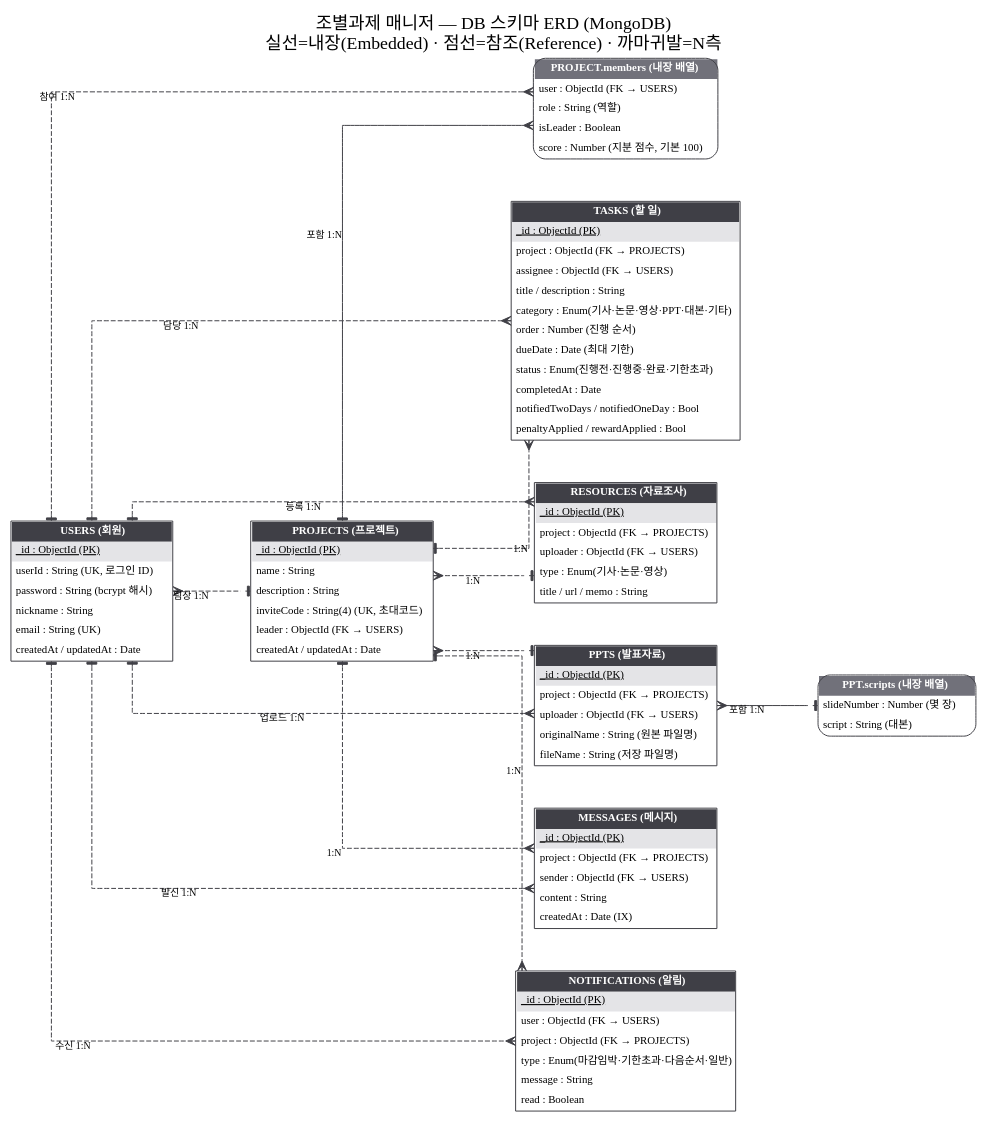
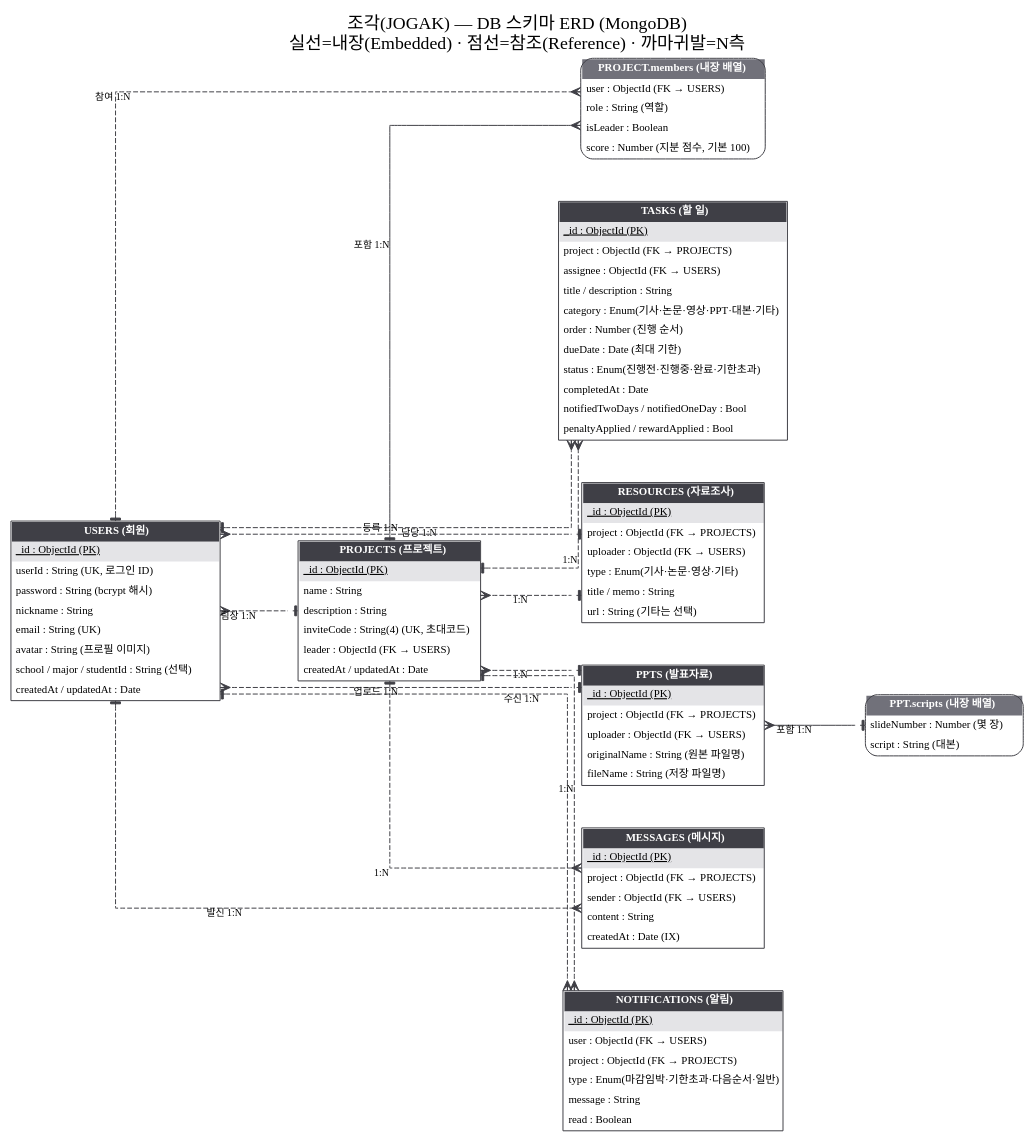
One commit to JOOKITEZ/DB_Project changed the diagram in docs/erd.dot. Above: the diagram before and after it, drawn with Graphviz. The commit also changed 13 other files, not shown here.

```diff
--- a/docs/erd.dot
+++ b/docs/erd.dot
@@ -1,122 +1,125 @@
 // 조별과제 매니저 — ERD (ERwin IE 표기법 스타일)
 // 실선 = 내장(embedded, 식별 관계) / 점선 = 참조(reference, 비식별 관계)
 digraph ERD {
   graph [rankdir=LR, splines=ortho, nodesep=0.6, ranksep=1.1, fontname="NanumGothic", bgcolor=white,
-         label="조별과제 매니저 — DB 스키마 ERD (MongoDB)\n실선=내장(Embedded) · 점선=참조(Reference) · 까마귀발=N측", labelloc=t, fontsize=18];
+         label="조각(JOGAK) — DB 스키마 ERD (MongoDB)\n실선=내장(Embedded) · 점선=참조(Reference) · 까마귀발=N측", labelloc=t, fontsize=18];
   node  [shape=plain, fontname="NanumGothic", fontsize=11];
   edge  [fontname="NanumGothic", fontsize=10, color="#3f3f46"];
 
   USERS [label=<
     <TABLE BORDER="1" CELLBORDER="0" CELLSPACING="0" CELLPADDING="4" COLOR="#3f3f46">
       <TR><TD BGCOLOR="#3f3f46" ALIGN="CENTER"><FONT COLOR="white"><B>USERS (회원)</B></FONT></TD></TR>
       <TR><TD BGCOLOR="#e4e4e7" ALIGN="LEFT"><U>_id : ObjectId (PK)</U></TD></TR>
       <TR><TD ALIGN="LEFT">userId : String (UK, 로그인 ID)</TD></TR>
       <TR><TD ALIGN="LEFT">password : String (bcrypt 해시)</TD></TR>
       <TR><TD ALIGN="LEFT">nickname : String</TD></TR>
       <TR><TD ALIGN="LEFT">email : String (UK)</TD></TR>
+      <TR><TD ALIGN="LEFT">avatar : String (프로필 이미지)</TD></TR>
+      <TR><TD ALIGN="LEFT">school / major / studentId : String (선택)</TD></TR>
       <TR><TD ALIGN="LEFT">createdAt / updatedAt : Date</TD></TR>
     </TABLE>>];
 
   PROJECTS [label=<
     <TABLE BORDER="1" CELLBORDER="0" CELLSPACING="0" CELLPADDING="4" COLOR="#3f3f46">
       <TR><TD BGCOLOR="#3f3f46" ALIGN="CENTER"><FONT COLOR="white"><B>PROJECTS (프로젝트)</B></FONT></TD></TR>
       <TR><TD BGCOLOR="#e4e4e7" ALIGN="LEFT"><U>_id : ObjectId (PK)</U></TD></TR>
       <TR><TD ALIGN="LEFT">name : String</TD></TR>
       <TR><TD ALIGN="LEFT">description : String</TD></TR>
       <TR><TD ALIGN="LEFT">inviteCode : String(4) (UK, 초대코드)</TD></TR>
       <TR><TD ALIGN="LEFT">leader : ObjectId (FK → USERS)</TD></TR>
       <TR><TD ALIGN="LEFT">createdAt / updatedAt : Date</TD></TR>
     </TABLE>>];
 
   MEMBERS [label=<
     <TABLE BORDER="1" CELLBORDER="0" CELLSPACING="0" CELLPADDING="4" COLOR="#3f3f46" STYLE="ROUNDED">
       <TR><TD BGCOLOR="#71717a" ALIGN="CENTER"><FONT COLOR="white"><B>PROJECT.members (내장 배열)</B></FONT></TD></TR>
       <TR><TD ALIGN="LEFT">user : ObjectId (FK → USERS)</TD></TR>
       <TR><TD ALIGN="LEFT">role : String (역할)</TD></TR>
       <TR><TD ALIGN="LEFT">isLeader : Boolean</TD></TR>
       <TR><TD ALIGN="LEFT">score : Number (지분 점수, 기본 100)</TD></TR>
     </TABLE>>];
 
   TASKS [label=<
     <TABLE BORDER="1" CELLBORDER="0" CELLSPACING="0" CELLPADDING="4" COLOR="#3f3f46">
       <TR><TD BGCOLOR="#3f3f46" ALIGN="CENTER"><FONT COLOR="white"><B>TASKS (할 일)</B></FONT></TD></TR>
       <TR><TD BGCOLOR="#e4e4e7" ALIGN="LEFT"><U>_id : ObjectId (PK)</U></TD></TR>
       <TR><TD ALIGN="LEFT">project : ObjectId (FK → PROJECTS)</TD></TR>
       <TR><TD ALIGN="LEFT">assignee : ObjectId (FK → USERS)</TD></TR>
       <TR><TD ALIGN="LEFT">title / description : String</TD></TR>
       <TR><TD ALIGN="LEFT">category : Enum(기사·논문·영상·PPT·대본·기타)</TD></TR>
       <TR><TD ALIGN="LEFT">order : Number (진행 순서)</TD></TR>
       <TR><TD ALIGN="LEFT">dueDate : Date (최대 기한)</TD></TR>
       <TR><TD ALIGN="LEFT">status : Enum(진행전·진행중·완료·기한초과)</TD></TR>
       <TR><TD ALIGN="LEFT">completedAt : Date</TD></TR>
       <TR><TD ALIGN="LEFT">notifiedTwoDays / notifiedOneDay : Bool</TD></TR>
       <TR><TD ALIGN="LEFT">penaltyApplied / rewardApplied : Bool</TD></TR>
     </TABLE>>];
 
   RESOURCES [label=<
     <TABLE BORDER="1" CELLBORDER="0" CELLSPACING="0" CELLPADDING="4" COLOR="#3f3f46">
       <TR><TD BGCOLOR="#3f3f46" ALIGN="CENTER"><FONT COLOR="white"><B>RESOURCES (자료조사)</B></FONT></TD></TR>
       <TR><TD BGCOLOR="#e4e4e7" ALIGN="LEFT"><U>_id : ObjectId (PK)</U></TD></TR>
       <TR><TD ALIGN="LEFT">project : ObjectId (FK → PROJECTS)</TD></TR>
       <TR><TD ALIGN="LEFT">uploader : ObjectId (FK → USERS)</TD></TR>
-      <TR><TD ALIGN="LEFT">type : Enum(기사·논문·영상)</TD></TR>
-      <TR><TD ALIGN="LEFT">title / url / memo : String</TD></TR>
+      <TR><TD ALIGN="LEFT">type : Enum(기사·논문·영상·기타)</TD></TR>
+      <TR><TD ALIGN="LEFT">title / memo : String</TD></TR>
+      <TR><TD ALIGN="LEFT">url : String (기타는 선택)</TD></TR>
     </TABLE>>];
 
   PPTS [label=<
     <TABLE BORDER="1" CELLBORDER="0" CELLSPACING="0" CELLPADDING="4" COLOR="#3f3f46">
       <TR><TD BGCOLOR="#3f3f46" ALIGN="CENTER"><FONT COLOR="white"><B>PPTS (발표자료)</B></FONT></TD></TR>
       <TR><TD BGCOLOR="#e4e4e7" ALIGN="LEFT"><U>_id : ObjectId (PK)</U></TD></TR>
       <TR><TD ALIGN="LEFT">project : ObjectId (FK → PROJECTS)</TD></TR>
       <TR><TD ALIGN="LEFT">uploader : ObjectId (FK → USERS)</TD></TR>
       <TR><TD ALIGN="LEFT">originalName : String (원본 파일명)</TD></TR>
       <TR><TD ALIGN="LEFT">fileName : String (저장 파일명)</TD></TR>
     </TABLE>>];
 
   SCRIPTS [label=<
     <TABLE BORDER="1" CELLBORDER="0" CELLSPACING="0" CELLPADDING="4" COLOR="#3f3f46" STYLE="ROUNDED">
       <TR><TD BGCOLOR="#71717a" ALIGN="CENTER"><FONT COLOR="white"><B>PPT.scripts (내장 배열)</B></FONT></TD></TR>
       <TR><TD ALIGN="LEFT">slideNumber : Number (몇 장)</TD></TR>
       <TR><TD ALIGN="LEFT">script : String (대본)</TD></TR>
     </TABLE>>];
 
   MESSAGES [label=<
     <TABLE BORDER="1" CELLBORDER="0" CELLSPACING="0" CELLPADDING="4" COLOR="#3f3f46">
       <TR><TD BGCOLOR="#3f3f46" ALIGN="CENTER"><FONT COLOR="white"><B>MESSAGES (메시지)</B></FONT></TD></TR>
       <TR><TD BGCOLOR="#e4e4e7" ALIGN="LEFT"><U>_id : ObjectId (PK)</U></TD></TR>
       <TR><TD ALIGN="LEFT">project : ObjectId (FK → PROJECTS)</TD></TR>
       <TR><TD ALIGN="LEFT">sender : ObjectId (FK → USERS)</TD></TR>
       <TR><TD ALIGN="LEFT">content : String</TD></TR>
       <TR><TD ALIGN="LEFT">createdAt : Date (IX)</TD></TR>
     </TABLE>>];
 
   NOTIFICATIONS [label=<
     <TABLE BORDER="1" CELLBORDER="0" CELLSPACING="0" CELLPADDING="4" COLOR="#3f3f46">
       <TR><TD BGCOLOR="#3f3f46" ALIGN="CENTER"><FONT COLOR="white"><B>NOTIFICATIONS (알림)</B></FONT></TD></TR>
       <TR><TD BGCOLOR="#e4e4e7" ALIGN="LEFT"><U>_id : ObjectId (PK)</U></TD></TR>
       <TR><TD ALIGN="LEFT">user : ObjectId (FK → USERS)</TD></TR>
       <TR><TD ALIGN="LEFT">project : ObjectId (FK → PROJECTS)</TD></TR>
       <TR><TD ALIGN="LEFT">type : Enum(마감임박·기한초과·다음순서·일반)</TD></TR>
       <TR><TD ALIGN="LEFT">message : String</TD></TR>
       <TR><TD ALIGN="LEFT">read : Boolean</TD></TR>
     </TABLE>>];
 
   // ── 관계 (1측 = tee, N측 = crow) ──
   // 내장(식별) 관계: 실선
   PROJECTS -> MEMBERS [dir=both, arrowtail=tee, arrowhead=crow, xlabel="포함 1:N"];
   PPTS     -> SCRIPTS [dir=both, arrowtail=tee, arrowhead=crow, xlabel="포함 1:N"];
 
   // 참조(비식별) 관계: 점선
   USERS    -> MEMBERS       [dir=both, arrowtail=tee, arrowhead=crow, style=dashed, xlabel="참여 1:N"];
   USERS    -> PROJECTS      [dir=both, arrowtail=tee, arrowhead=crow, style=dashed, xlabel="팀장 1:N"];
   PROJECTS -> TASKS         [dir=both, arrowtail=tee, arrowhead=crow, style=dashed, xlabel="1:N"];
   USERS    -> TASKS         [dir=both, arrowtail=tee, arrowhead=crow, style=dashed, xlabel="담당 1:N"];
   PROJECTS -> RESOURCES     [dir=both, arrowtail=tee, arrowhead=crow, style=dashed, xlabel="1:N"];
   USERS    -> RESOURCES     [dir=both, arrowtail=tee, arrowhead=crow, style=dashed, xlabel="등록 1:N"];
   PROJECTS -> PPTS          [dir=both, arrowtail=tee, arrowhead=crow, style=dashed, xlabel="1:N"];
   USERS    -> PPTS          [dir=both, arrowtail=tee, arrowhead=crow, style=dashed, xlabel="업로드 1:N"];
   PROJECTS -> MESSAGES      [dir=both, arrowtail=tee, arrowhead=crow, style=dashed, xlabel="1:N"];
   USERS    -> MESSAGES      [dir=both, arrowtail=tee, arrowhead=crow, style=dashed, xlabel="발신 1:N"];
   PROJECTS -> NOTIFICATIONS [dir=both, arrowtail=tee, arrowhead=crow, style=dashed, xlabel="1:N"];
   USERS    -> NOTIFICATIONS [dir=both, arrowtail=tee, arrowhead=crow, style=dashed, xlabel="수신 1:N"];
 }
```
